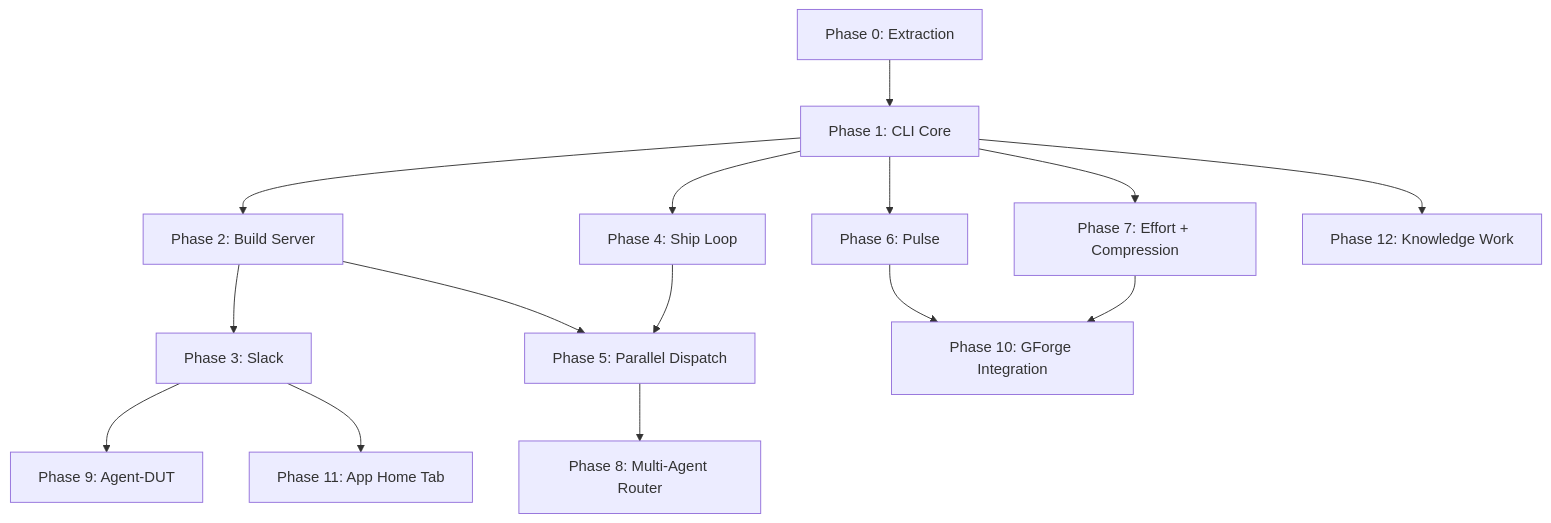
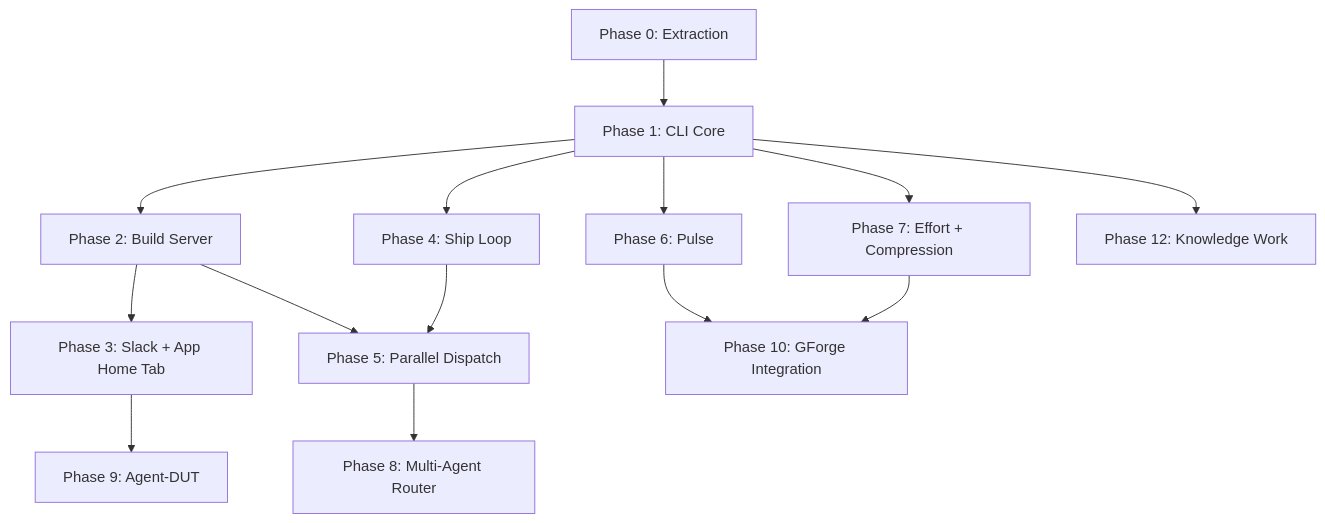
Before and after one commit to gforge-esc/gwrk: the diagram in specs/000-build-plan.md, drawn with Mermaid. The commit also changed other lines of this file and 1 other file, not shown here.

First line of the commit message:
refactor(plan): retire P11, fold App Home Tab into P3, defer DUT to P9

````diff
--- a/specs/000-build-plan.md
+++ b/specs/000-build-plan.md
@@ -11,17 +11,16 @@
 ```mermaid
 graph TD
     P0[Phase 0: Extraction] --> P1[Phase 1: CLI Core]
     P1 --> P2[Phase 2: Build Server]
     P1 --> P4[Phase 4: Ship Loop]
-    P2 --> P3[Phase 3: Slack]
+    P2 --> P3[Phase 3: Slack + App Home Tab]
     P2 --> P5[Phase 5: Parallel Dispatch]
     P4 --> P5
     P1 --> P6[Phase 6: Pulse]
     P1 --> P7[Phase 7: Effort + Compression]
     P5 --> P8[Phase 8: Multi-Agent Router]
     P3 --> P9[Phase 9: Agent-DUT]
     P6 --> P10[Phase 10: GForge Integration]
     P7 --> P10
-    P3 --> P11[Phase 11: App Home Tab]
     P1 --> P12[Phase 12: Knowledge Work]
 ```
````
